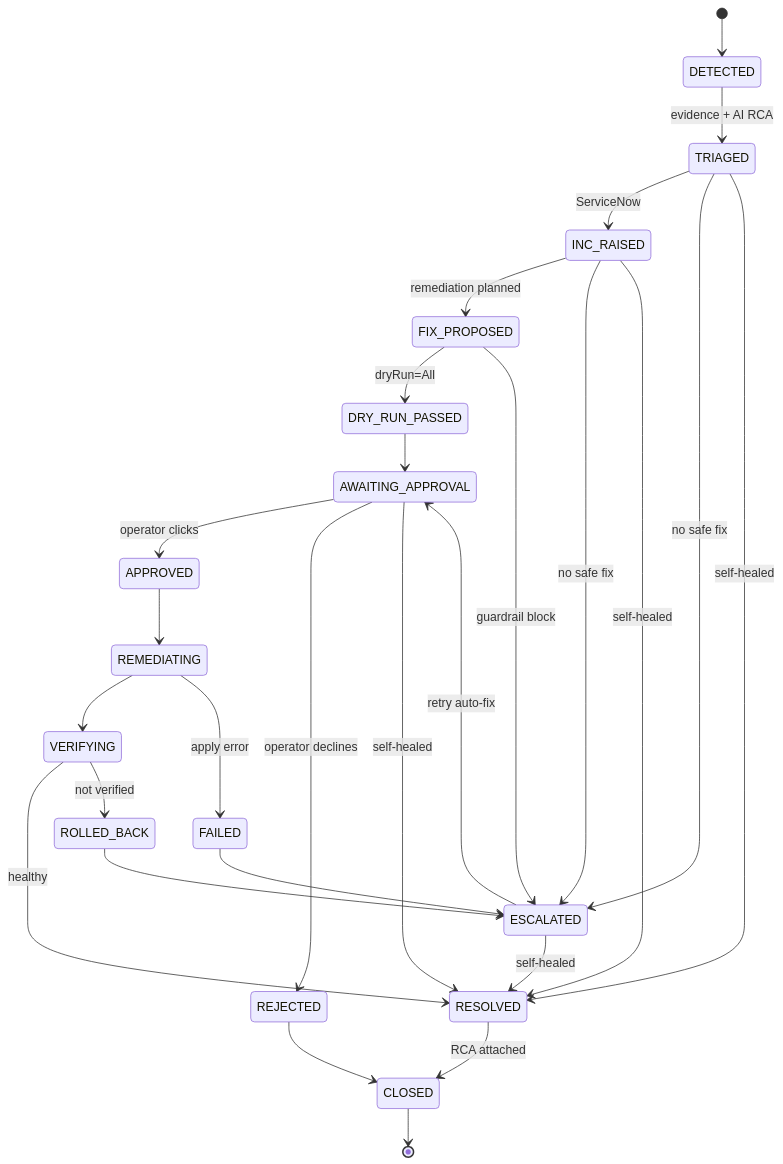
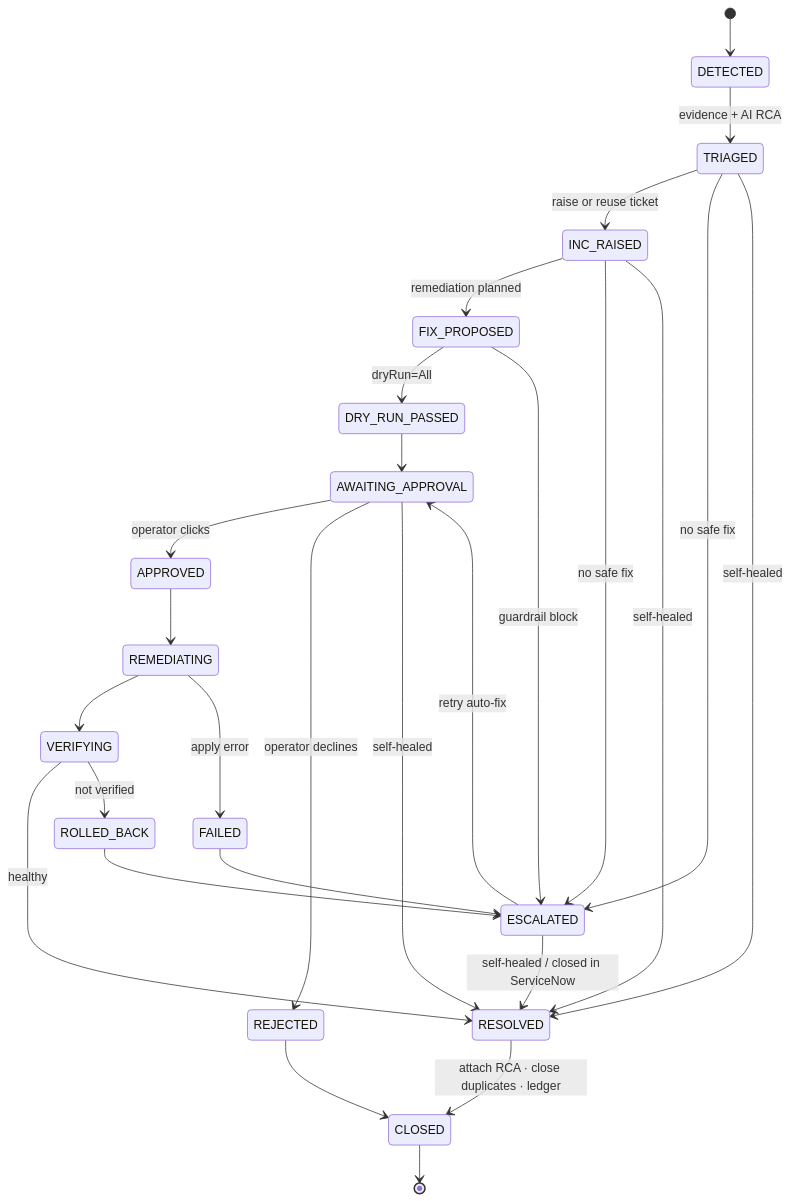
One commit to cskaruppu/Openshift-mcp-server changed the fourth of 7 diagrams in usecase/UC-05-Zero-Touch-Incident-Command.md. Above: the diagram before and after it, drawn with Mermaid. The commit also changed other lines of this file and 5 other files, not shown here.

First line of the commit message:
docs: refresh UC-05 collateral for dedup, escalation, RCA formats and change ledger

````diff
--- a/usecase/UC-05-Zero-Touch-Incident-Command.md
+++ b/usecase/UC-05-Zero-Touch-Incident-Command.md
@@ -86,29 +155,33 @@
 ```mermaid
 stateDiagram-v2
+    direction TB
     [*] --> DETECTED
     DETECTED --> TRIAGED: evidence + AI RCA
-    TRIAGED --> INC_RAISED: ServiceNow
+    TRIAGED --> INC_RAISED: raise or reuse ticket
     TRIAGED --> ESCALATED: no safe fix
     INC_RAISED --> FIX_PROPOSED: remediation planned
     INC_RAISED --> ESCALATED: no safe fix
     FIX_PROPOSED --> DRY_RUN_PASSED: dryRun=All
     FIX_PROPOSED --> ESCALATED: guardrail block
     DRY_RUN_PASSED --> AWAITING_APPROVAL
+
     AWAITING_APPROVAL --> APPROVED: operator clicks
     AWAITING_APPROVAL --> REJECTED: operator declines
     APPROVED --> REMEDIATING
     REMEDIATING --> VERIFYING
     REMEDIATING --> FAILED: apply error
     VERIFYING --> RESOLVED: healthy
     VERIFYING --> ROLLED_BACK: not verified
     ROLLED_BACK --> ESCALATED
     FAILED --> ESCALATED
     ESCALATED --> AWAITING_APPROVAL: retry auto-fix
+
     TRIAGED --> RESOLVED: self-healed
     INC_RAISED --> RESOLVED: self-healed
     AWAITING_APPROVAL --> RESOLVED: self-healed
-    ESCALATED --> RESOLVED: self-healed
-    RESOLVED --> CLOSED: RCA attached
+    ESCALATED --> RESOLVED: self-healed / closed in ServiceNow
+
+    RESOLVED --> CLOSED: attach RCA · close duplicates · ledger
     REJECTED --> CLOSED
     CLOSED --> [*]
 ```
````
